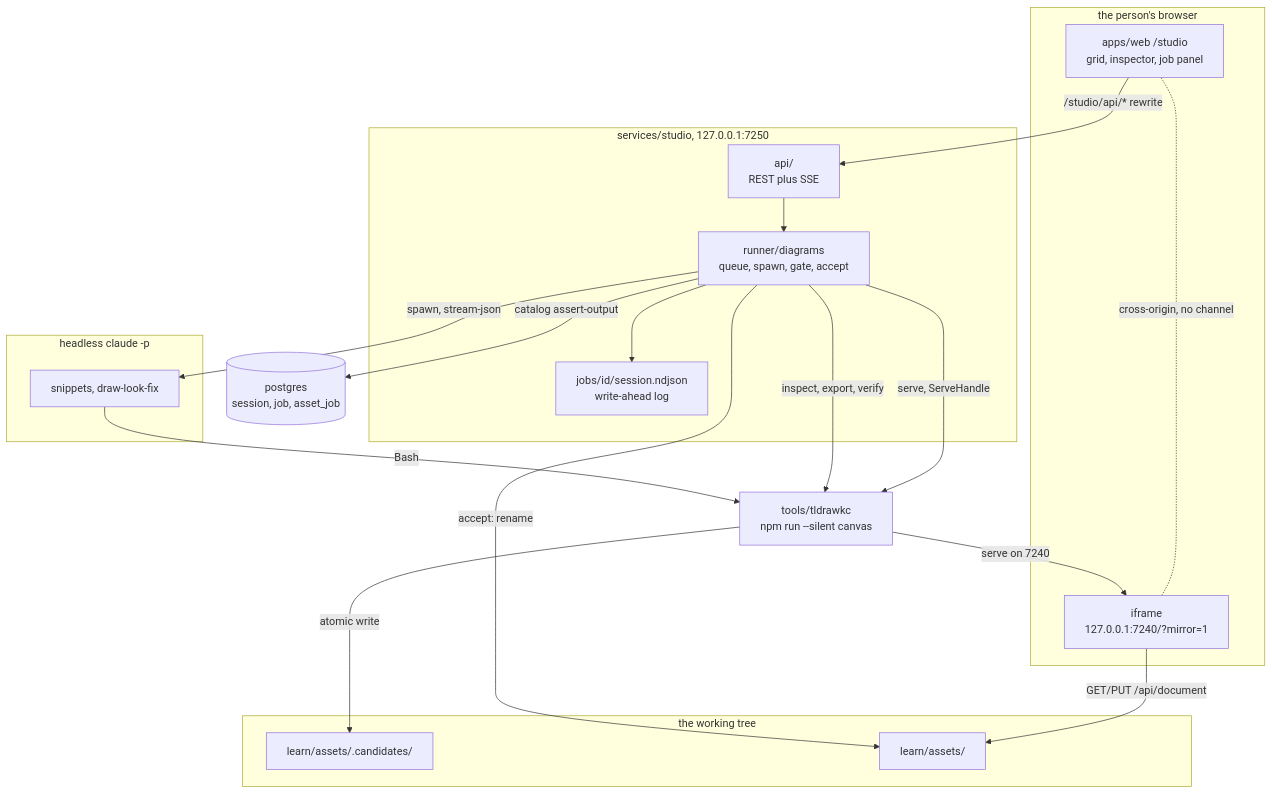
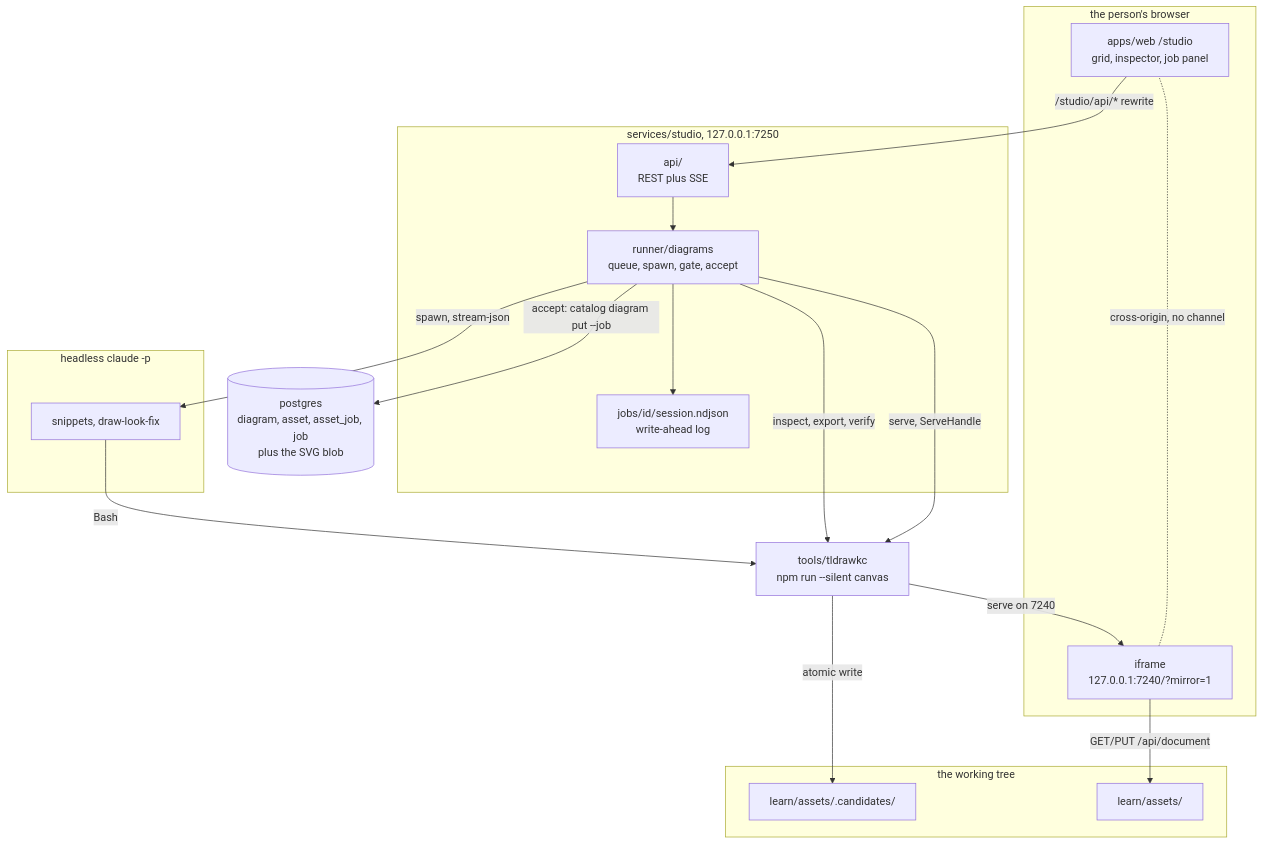
One commit to c-wenlong/gnosia-learn changed the first of 2 diagrams in docs/TLDRAWKC-INTEGRATION.md. Above: the diagram before and after it, drawn with Mermaid. The commit also changed other lines of this file and 13 other files, not shown here.

````diff
--- a/docs/TLDRAWKC-INTEGRATION.md
+++ b/docs/TLDRAWKC-INTEGRATION.md
@@ -69,35 +69,34 @@
 ```mermaid
 flowchart TB
     subgraph browser["the person's browser"]
         UI["apps/web /studio<br/>grid, inspector, job panel"]
         IF["iframe<br/>127.0.0.1:7240/?mirror=1"]
     end
     subgraph studio["services/studio, 127.0.0.1:7250"]
         API["api/<br/>REST plus SSE"]
         RUN["runner/diagrams<br/>queue, spawn, gate, accept"]
         WAL["jobs/id/session.ndjson<br/>write-ahead log"]
     end
     subgraph agent["headless claude -p"]
         CL["snippets, draw-look-fix"]
     end
     subgraph files["the working tree"]
         CAND["learn/assets/.candidates/"]
         COMM["learn/assets/"]
     end
-    CAT[("postgres<br/>session, job, asset_job")]
+    CAT[("postgres<br/>diagram, asset, asset_job, job<br/>plus the SVG blob")]
     TK["tools/tldrawkc<br/>npm run --silent canvas"]
 
     UI -- "/studio/api/* rewrite" --> API
     API --> RUN
     RUN --> WAL
     RUN -- "spawn, stream-json" --> CL
     CL -- "Bash" --> TK
     TK -- "atomic write" --> CAND
     RUN -- "inspect, export, verify" --> TK
-    RUN -- "accept: rename" --> COMM
-    RUN -- "catalog assert-output" --> CAT
+    RUN -- "accept: catalog diagram put --job" --> CAT
     RUN -- "serve, ServeHandle" --> TK
     IF -. "cross-origin, no channel" .- UI
     TK -- "serve on 7240" --> IF
     IF -- "GET/PUT /api/document" --> COMM
 ```
````
